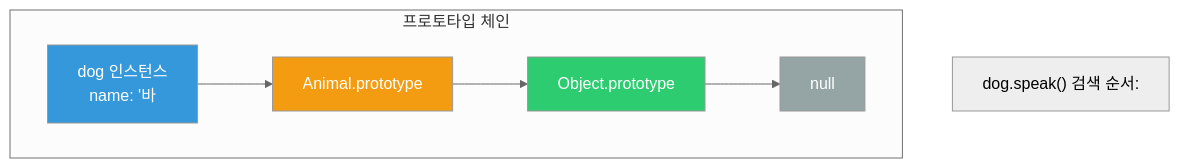
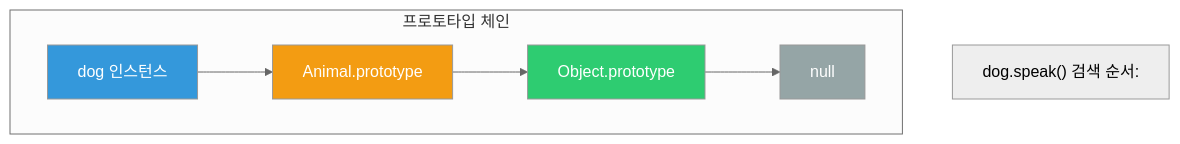
Before and after one commit to yjkim2015/yjkim2015.github.io: the fifth of 6 diagrams in _posts/frontend/2026-05-01-javascript-core.md, drawn with Mermaid (neutral theme). The commit also changed other lines of this file and 217 other files, not shown here.

First line of the commit message:
Mermaid 크기 수정: useMaxWidth:true + SVG max-width:100% + 라벨 축소

````diff
--- a/_posts/frontend/2026-05-01-javascript-core.md
+++ b/_posts/frontend/2026-05-01-javascript-core.md
@@ -356,15 +356,15 @@
 ```mermaid
 flowchart TD
     subgraph "프로토타입 체인"
-        DOG["dog 인스턴스\nname: '바"]
-        ANIMAL_PROTO["Animal.prototype\n"]
-        OBJ_PROTO["Object.prototype\n"]
+        DOG["dog 인스턴스"]
+        ANIMAL_PROTO["Animal.prototype"]
+        OBJ_PROTO["Object.prototype"]
         NULL["null"]
     end
     DOG --> ANIMAL_PROTO --> OBJ_PROTO --> NULL
     NOTE["dog.speak() 검색 순서:"]
     style DOG fill:#3498db,color:#fff
     style ANIMAL_PROTO fill:#f39c12,color:#fff
     style OBJ_PROTO fill:#2ecc71,color:#fff
     style NULL fill:#95a5a6,color:#fff
 ```
````
